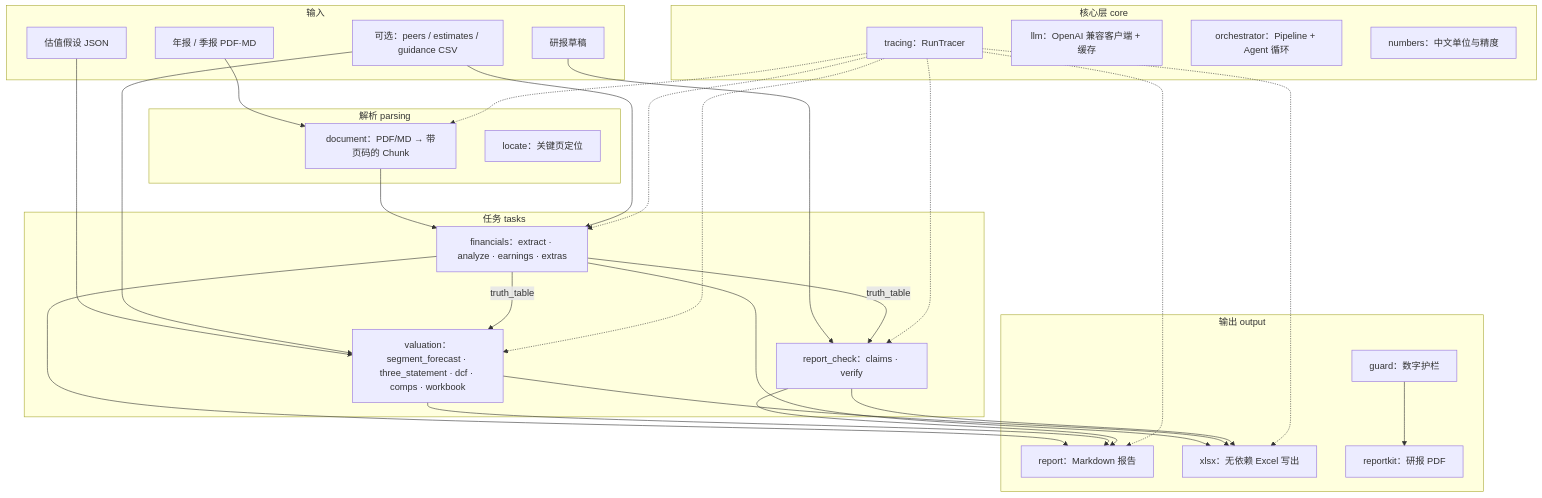
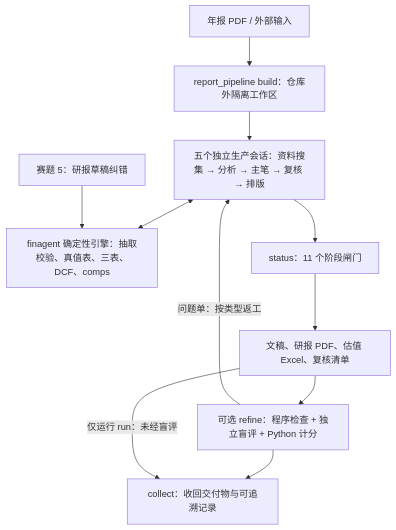
The fifth of 5 diagrams in README.md (MochiaoChen/LEDGER), drawn with Mermaid before and after one commit. The commit also changed other lines of this file, not shown here.

Commit message:
docs: update README for multi-agent report pipeline

````diff
--- a/README.md
+++ b/README.md
@@ -259,38 +275,13 @@
 ```mermaid
 flowchart TB
-    subgraph 输入
-        A1[年报 / 季报 PDF·MD]
-        A2[研报草稿]
-        A3[估值假设 JSON]
-        A4[可选：peers / estimates / guidance CSV]
-    end
-    subgraph 核心层 core
-        C1[tracing：RunTracer]
-        C2[llm：OpenAI 兼容客户端 + 缓存]
-        C3[orchestrator：Pipeline + Agent 循环]
-        C4[numbers：中文单位与精度]
-    end
-    subgraph 解析 parsing
-        P1[document：PDF/MD → 带页码的 Chunk]
-        P2[locate：关键页定位]
-    end
-    subgraph 任务 tasks
-        T1[financials：extract · analyze · earnings · extras]
-        T2[valuation：segment_forecast · three_statement · dcf · comps · workbook]
-        T3[report_check：claims · verify]
-    end
-    subgraph 输出 output
-        O1[report：Markdown 报告]
-        O2[xlsx：无依赖 Excel 写出]
-        O3[guard：数字护栏]
-        O4[reportkit：研报 PDF]
-    end
-    A1 --> P1 --> T1
-    A2 --> T3
-    A3 --> T2
-    A4 --> T1 & T2
-    T1 -- truth_table --> T2 & T3
-    T1 & T2 & T3 --> O1 & O2
-    O3 --> O4
-    C1 -.-> P1 & T1 & T2 & T3 & O1 & O2
+    A[年报 PDF / 外部输入] --> B[report_pipeline build：仓库外隔离工作区]
+    B --> C[五个独立生产会话：资料搜集 → 分析 → 主笔 → 复核 → 排版]
+    C <--> D[finagent 确定性引擎：抽取校验、真值表、三表、DCF、comps]
+    C --> E[status：11 个阶段闸门]
+    E --> F[文稿、研报 PDF、估值 Excel、复核清单]
+    F --> G[可选 refine：程序检查 + 独立盲评 + Python 计分]
+    G -- 问题单：按类型返工 --> C
+    G --> H[collect：收回交付物与可追溯记录]
+    F -- 仅运行 run：未经盲评 --> H
+    I[赛题 5：研报草稿纠错] --> D
 ```
````
